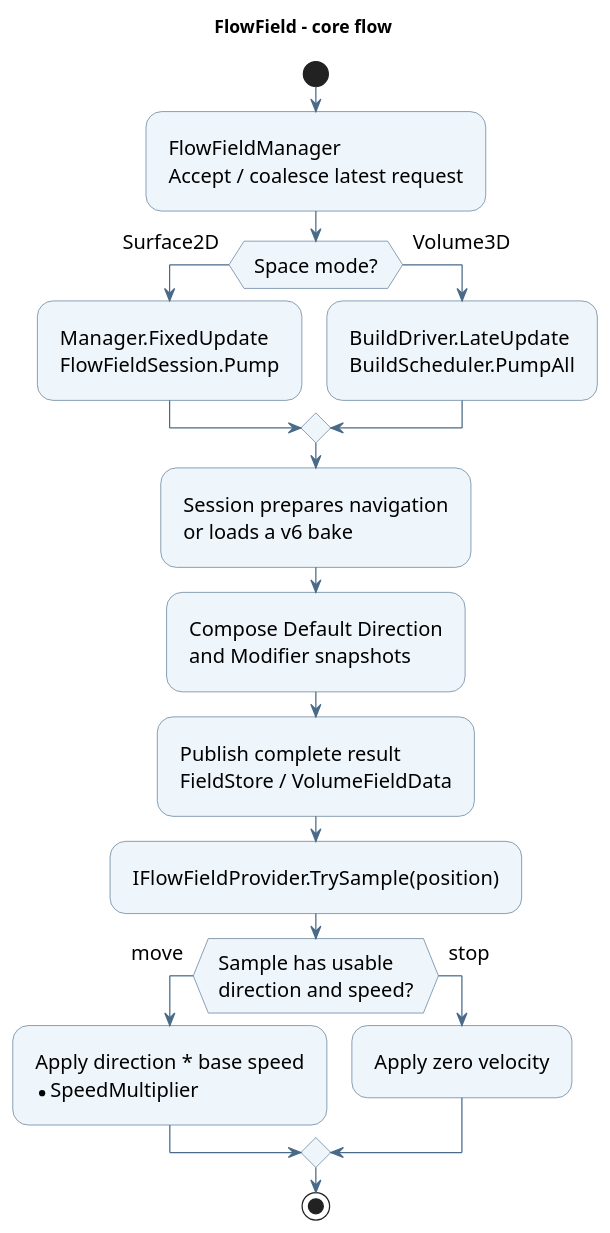
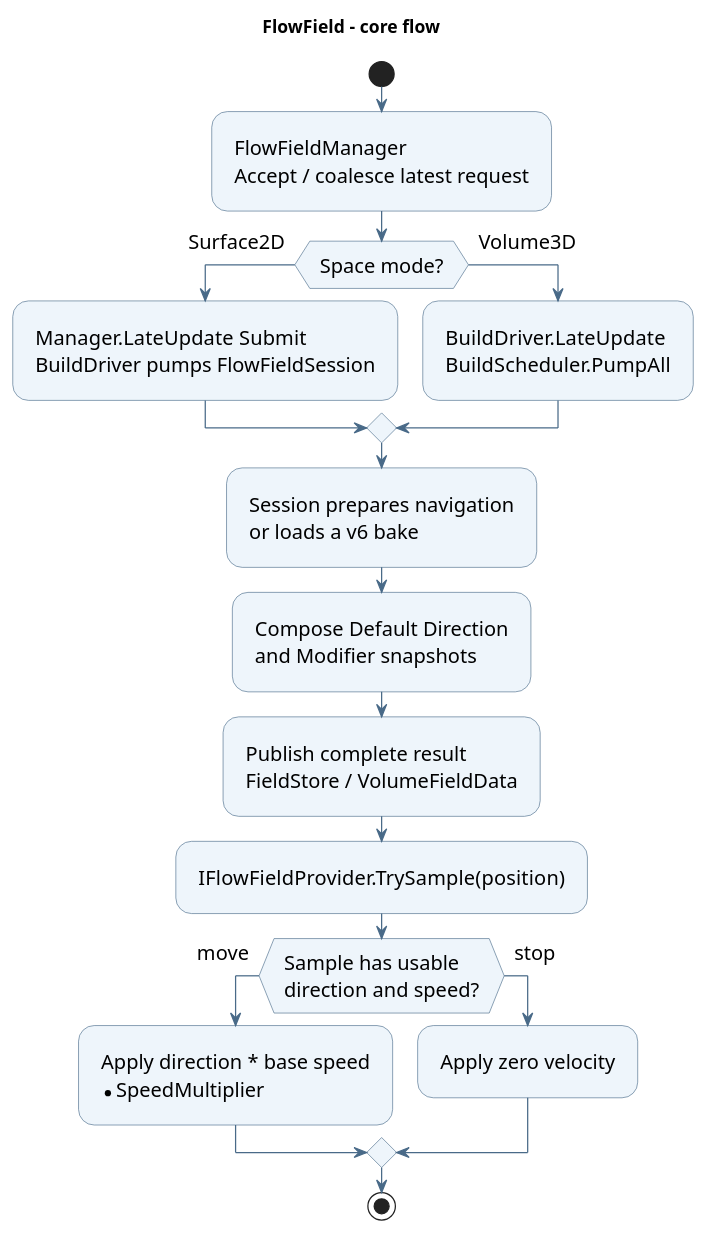
The diagram in ToyProject/Assets/_FlowField/Docs/flowfield-uml.puml (youwonsock/tool-unity-editor), drawn with PlantUML before and after one commit. The commit also changed 23 other files, not shown here.

First line of the commit message:
FlowField: Surface를 공유 스케줄러로 옮기고 끝난 풀이를 게시

```diff
--- a/ToyProject/Assets/_FlowField/Docs/flowfield-uml.puml
+++ b/ToyProject/Assets/_FlowField/Docs/flowfield-uml.puml
@@ -1,28 +1,28 @@
 @startuml flowfield-uml
 skinparam shadowing false
 skinparam defaultFontName SansSerif
 skinparam defaultFontSize 16
 skinparam activityBackgroundColor #EEF5FB
 skinparam activityBorderColor #496A88
 skinparam ArrowColor #496A88
 skinparam Padding 8
 title FlowField - core flow
 
 start
 :FlowFieldManager\nAccept / coalesce latest request;
 if (Space mode?) then (Surface2D)
-  :Manager.FixedUpdate\nFlowFieldSession.Pump;
+  :Manager.LateUpdate Submit\nBuildDriver pumps FlowFieldSession;
 else (Volume3D)
   :BuildDriver.LateUpdate\nBuildScheduler.PumpAll;
 endif
 :Session prepares navigation\nor loads a v6 bake;
 :Compose Default Direction\nand Modifier snapshots;
 :Publish complete result\nFieldStore / VolumeFieldData;
 :IFlowFieldProvider.TrySample(position);
 if (Sample has usable\ndirection and speed?) then (move)
   :Apply direction * base speed\n* SpeedMultiplier;
 else (stop)
   :Apply zero velocity;
 endif
 stop
 @enduml
```
